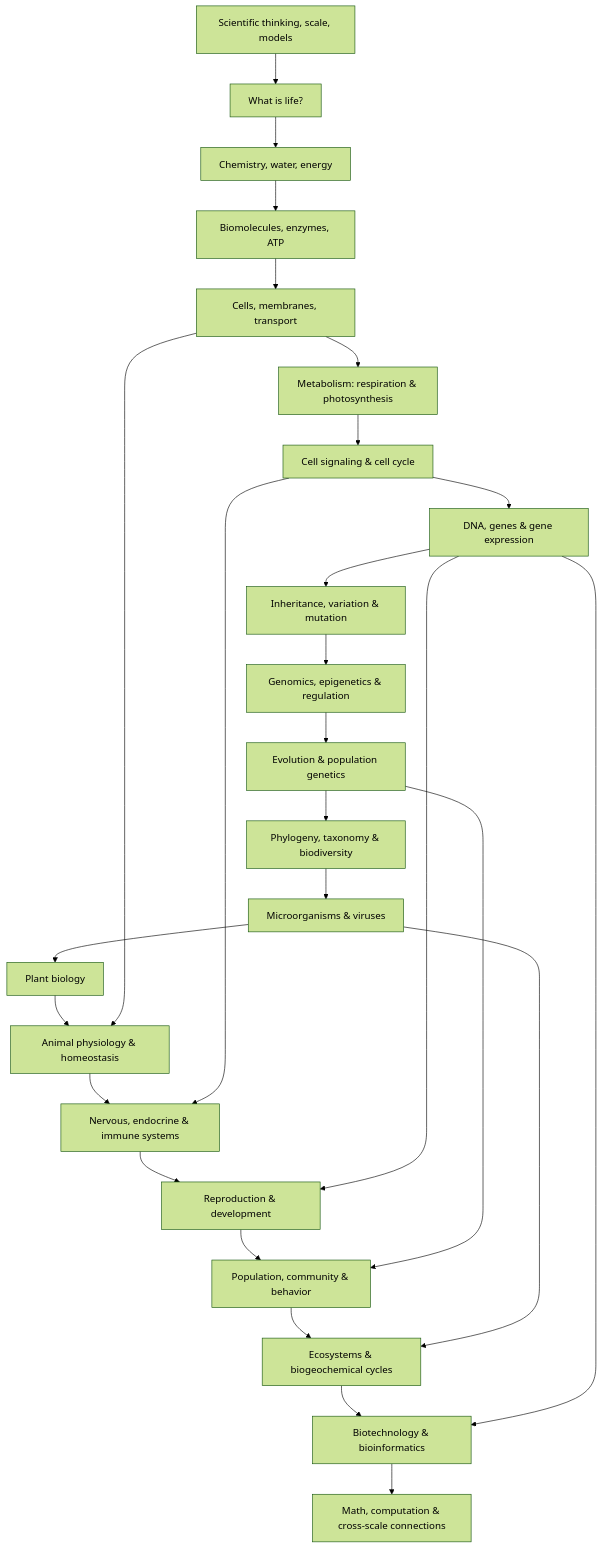
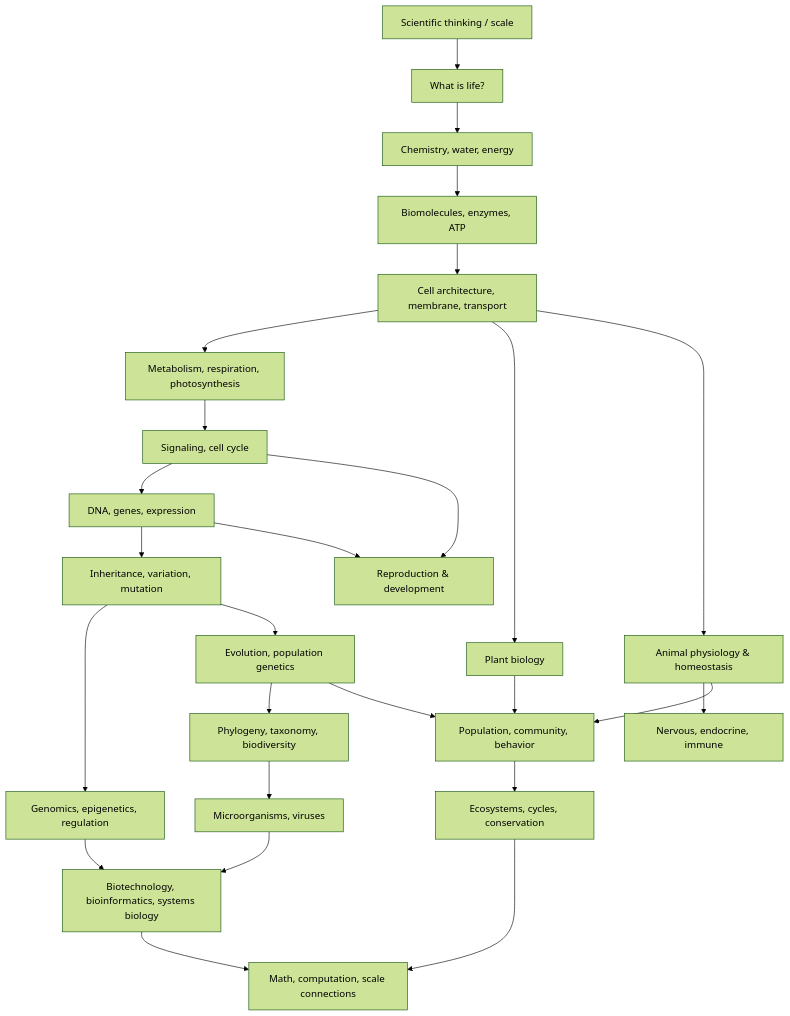
The diagram in biology/README.md (hunggtham/learning-docs), drawn with Mermaid (forest theme) before and after one commit. The commit also changed other lines of this file, not shown here.

Commit message:
Refresh biology library map after chapter completion pass

````diff
--- a/biology/README.md
+++ b/biology/README.md
@@ -13,31 +13,28 @@
 ```mermaid
 flowchart TD
-A[Scientific thinking, scale, models]
-A --> B[What is life?]
+A[Scientific thinking / scale] --> B[What is life?]
 B --> C[Chemistry, water, energy]
 C --> D[Biomolecules, enzymes, ATP]
-D --> E[Cells, membranes, transport]
-E --> F[Metabolism: respiration & photosynthesis]
-F --> G[Cell signaling & cell cycle]
-G --> H[DNA, genes & gene expression]
-H --> I[Inheritance, variation & mutation]
-I --> J[Genomics, epigenetics & regulation]
-J --> K[Evolution & population genetics]
-K --> L[Phylogeny, taxonomy & biodiversity]
-L --> M[Microorganisms & viruses]
-M --> N[Plant biology]
-N --> O[Animal physiology & homeostasis]
-O --> P[Nervous, endocrine & immune systems]
-P --> Q[Reproduction & development]
-Q --> R[Population, community & behavior]
-R --> S[Ecosystems & biogeochemical cycles]
-S --> T[Biotechnology & bioinformatics]
-T --> U[Math, computation & cross-scale connections]
-
-E --> O
-G --> P
+D --> E[Cell architecture, membrane, transport]
+E --> F[Metabolism, respiration, photosynthesis]
+F --> G[Signaling, cell cycle]
+G --> H[DNA, genes, expression]
+H --> I[Inheritance, variation, mutation]
+I --> J[Genomics, epigenetics, regulation]
+I --> K[Evolution, population genetics]
+K --> L[Phylogeny, taxonomy, biodiversity]
+L --> M[Microorganisms, viruses]
+E --> N[Plant biology]
+E --> O[Animal physiology & homeostasis]
+O --> P[Nervous, endocrine, immune]
+G --> Q[Reproduction & development]
 H --> Q
-K --> R
-M --> S
-H --> T
+K --> R[Population, community, behavior]
+N --> R
+O --> R
+R --> S[Ecosystems, cycles, conservation]
+J --> T[Biotechnology, bioinformatics, systems biology]
+M --> T
+S --> U[Math, computation, scale connections]
+T --> U
 ```
````
